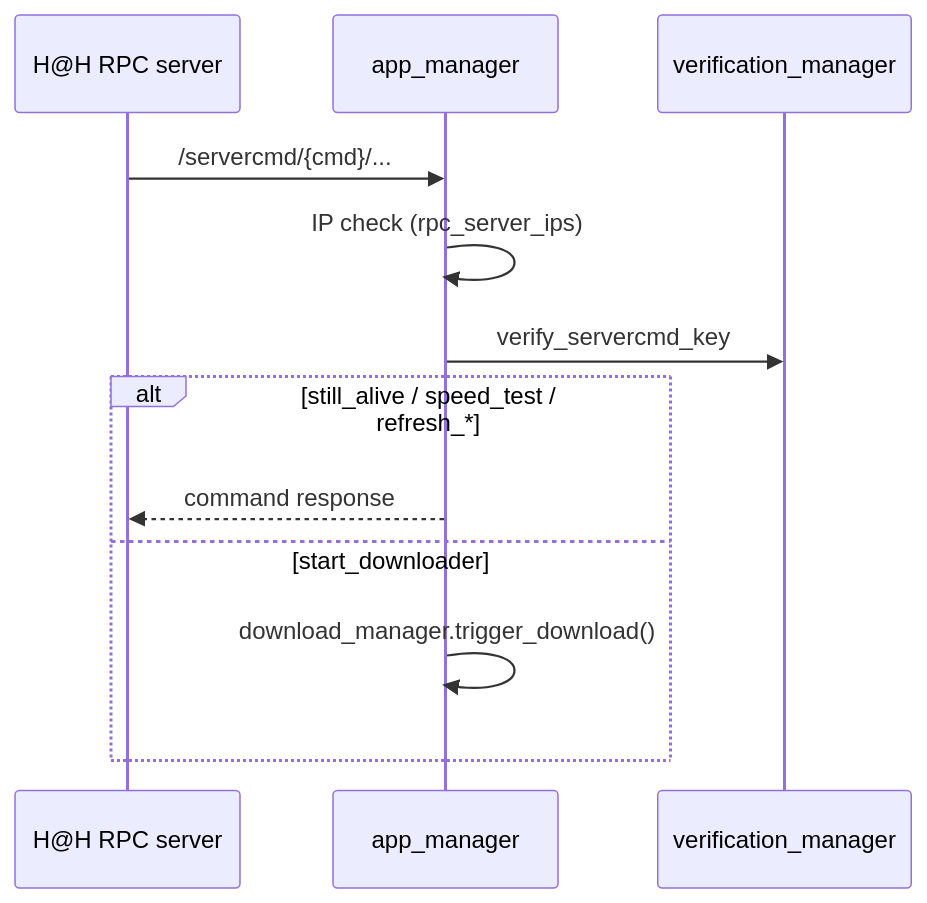
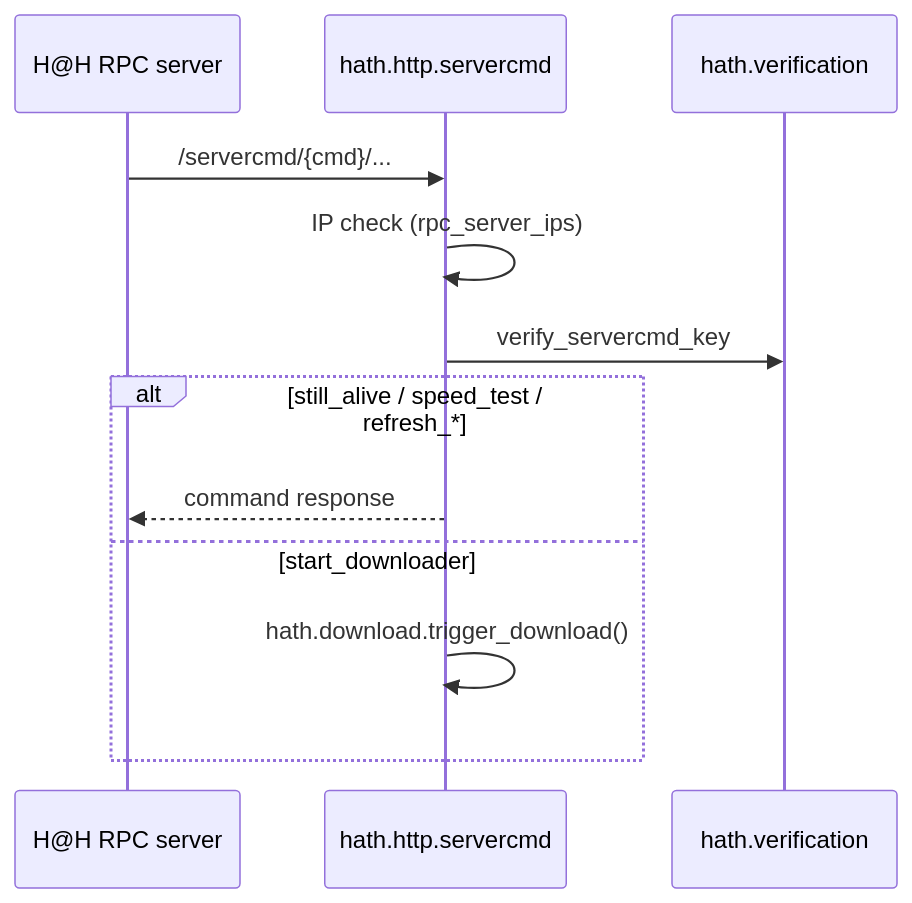
One commit to yuriko-aya/py-hath changed the third of 3 diagrams in ARCHITECTURE.md. Above: the diagram before and after it, drawn with Mermaid. The commit also changed other lines of this file and 33 other files, not shown here.

````diff
--- a/ARCHITECTURE.md
+++ b/ARCHITECTURE.md
@@ -51,15 +52,15 @@
 ```mermaid
 sequenceDiagram
     participant RPC as H@H RPC server
-    participant App as app_manager
-    participant VM as verification_manager
+    participant Cmd as hath.http.servercmd
+    participant VM as hath.verification
 
-    RPC->>App: /servercmd/{cmd}/...
-    App->>App: IP check (rpc_server_ips)
-    App->>VM: verify_servercmd_key
+    RPC->>Cmd: /servercmd/{cmd}/...
+    Cmd->>Cmd: IP check (rpc_server_ips)
+    Cmd->>VM: verify_servercmd_key
     alt still_alive / speed_test / refresh_*
-        App-->>RPC: command response
+        Cmd-->>RPC: command response
     else start_downloader
-        App->>App: download_manager.trigger_download()
+        Cmd->>Cmd: hath.download.trigger_download()
     end
 ```
````
